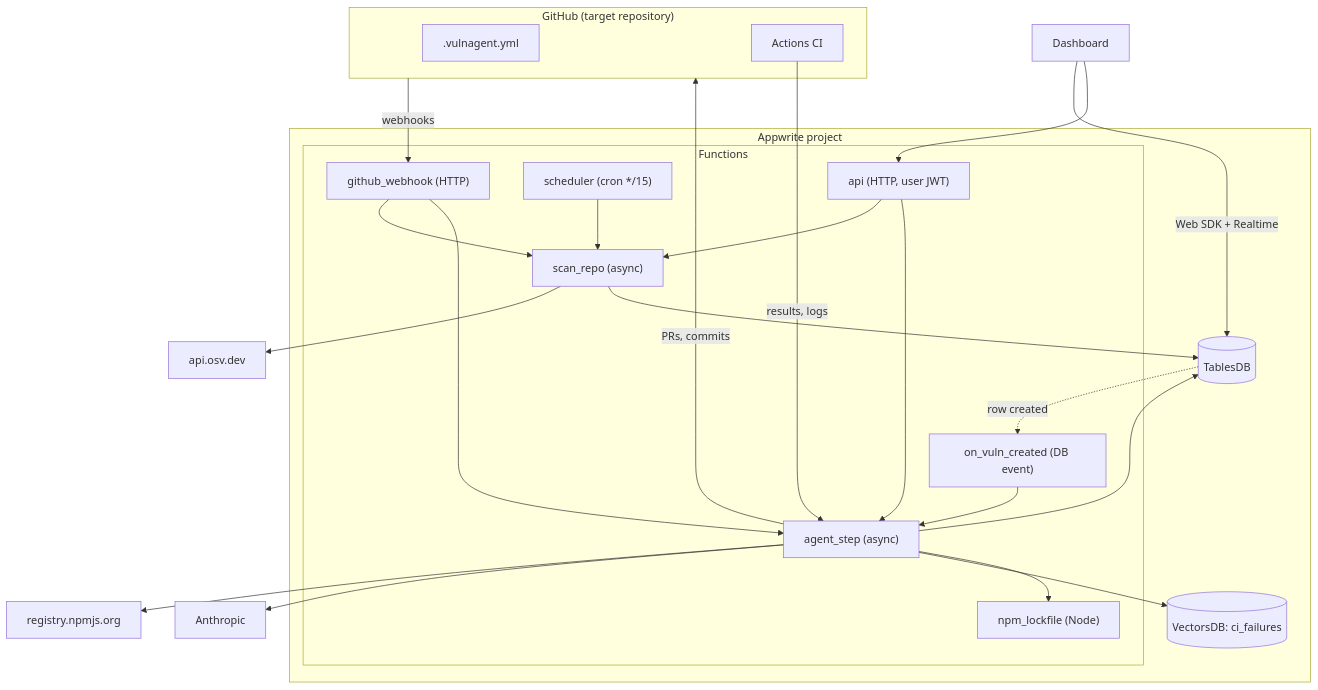
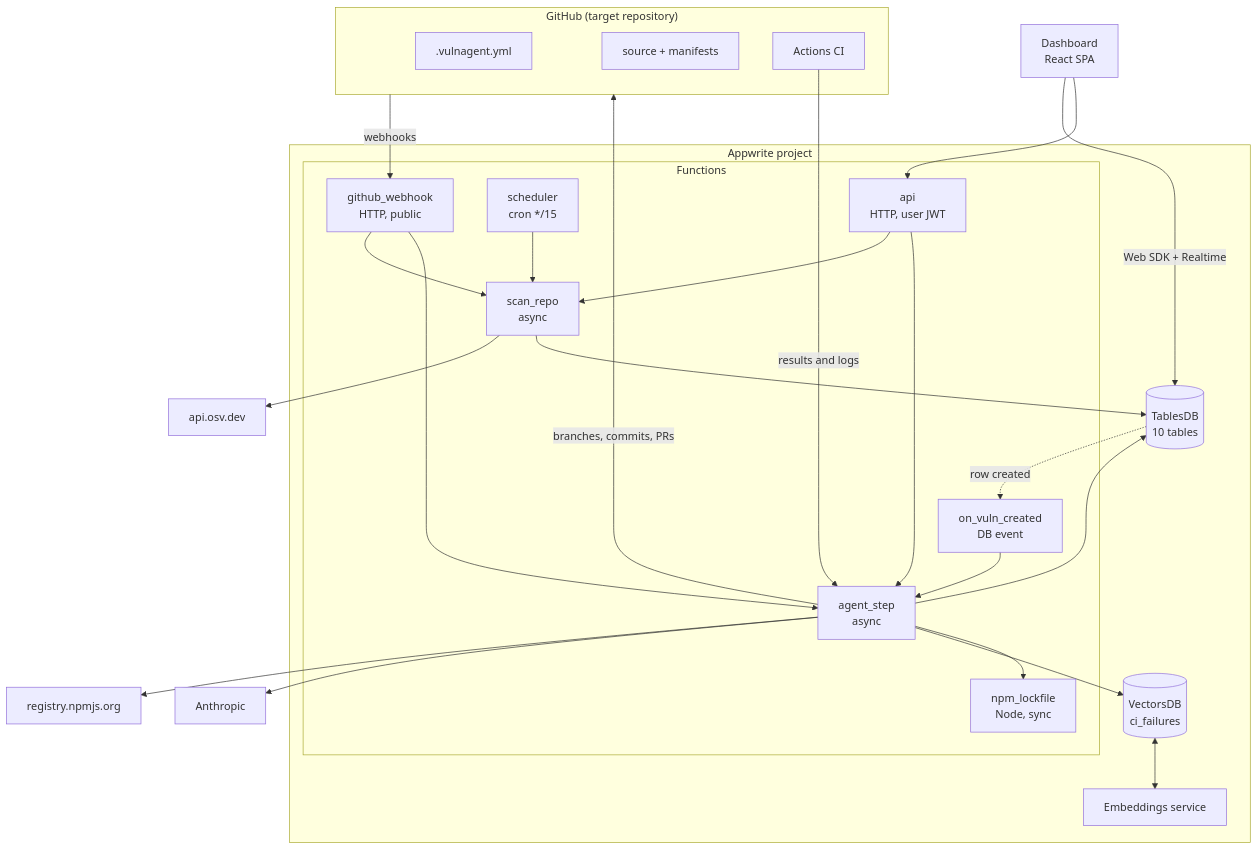
One commit to PranavViswanathan/Hydra changed the first of 4 diagrams in docs/architecture.md. Above: the diagram before and after it, drawn with Mermaid. The commit also changed other lines of this file and 15 other files, not shown here.

````diff
--- a/docs/architecture.md
+++ b/docs/architecture.md
@@ -5,40 +16,49 @@
 ```mermaid
 flowchart TB
     subgraph GH["GitHub (target repository)"]
         CONFIG[".vulnagent.yml"]
+        CODE["source + manifests"]
         ACTIONS["Actions CI"]
     end
 
     subgraph AW["Appwrite project"]
         subgraph FN["Functions"]
-            WEBHOOK["github_webhook (HTTP)"]
-            SCHED["scheduler (cron */15)"]
-            SCAN["scan_repo (async)"]
-            STEP["agent_step (async)"]
-            VULNEV["on_vuln_created (DB event)"]
-            API["api (HTTP, user JWT)"]
-            LOCK["npm_lockfile (Node)"]
+            WEBHOOK["github_webhook<br/>HTTP, public"]
+            SCHED["scheduler<br/>cron */15"]
+            SCAN["scan_repo<br/>async"]
+            STEP["agent_step<br/>async"]
+            VULNEV["on_vuln_created<br/>DB event"]
+            API["api<br/>HTTP, user JWT"]
+            LOCK["npm_lockfile<br/>Node, sync"]
         end
-        TABLES[("TablesDB")]
-        VECTORS[("VectorsDB: ci_failures")]
+        TABLES[("TablesDB<br/>10 tables")]
+        VECTORS[("VectorsDB<br/>ci_failures")]
+        EMBED["Embeddings service"]
     end
 
-    DASH["Dashboard"]
+    DASH["Dashboard<br/>React SPA"]
     OSV["api.osv.dev"]
     NPM["registry.npmjs.org"]
     LLM["Anthropic"]
 
-    GH -- webhooks --> WEBHOOK
-    WEBHOOK --> SCAN & STEP
+    GH -- "webhooks" --> WEBHOOK
+    WEBHOOK --> SCAN
+    WEBHOOK --> STEP
     SCHED --> SCAN
-    SCAN --> OSV & TABLES
-    TABLES -. row created .-> VULNEV
+    SCAN --> OSV
+    SCAN --> TABLES
+    TABLES -. "row created" .-> VULNEV
     VULNEV --> STEP
-    STEP --> NPM & LLM & VECTORS & TABLES
+    STEP --> NPM
+    STEP --> LLM
+    STEP --> VECTORS
+    STEP --> TABLES
     STEP --> LOCK
-    STEP -- "PRs, commits" --> GH
-    ACTIONS -- "results, logs" --> STEP
+    STEP -- "branches, commits, PRs" --> GH
+    ACTIONS -- "results and logs" --> STEP
+    VECTORS <--> EMBED
     DASH -- "Web SDK + Realtime" --> TABLES
     DASH --> API
-    API --> SCAN & STEP
+    API --> SCAN
+    API --> STEP
 ```
````
